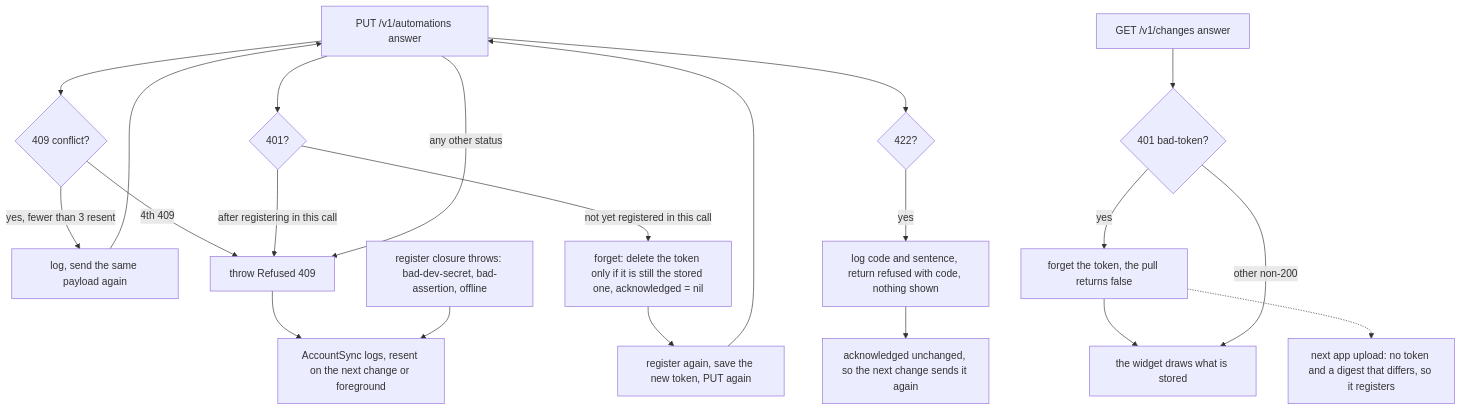
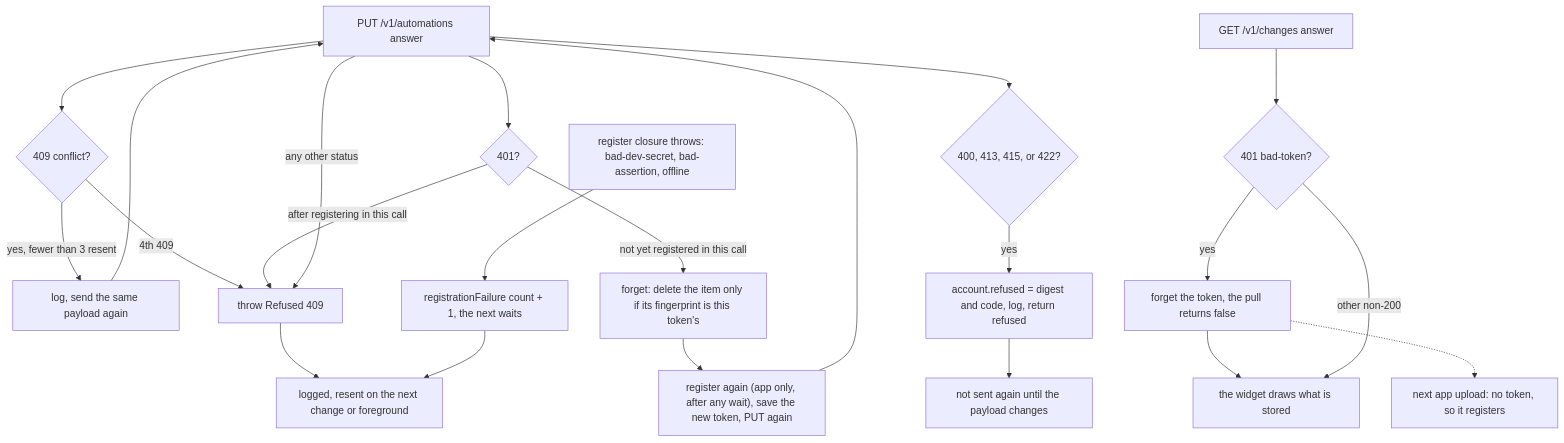
Before and after one commit to Krutik460/Widgie: the fifth of 5 diagrams in docs/pr/26-phase-3-p4-app.md, drawn with Mermaid. The commit also changed other lines of this file and 1 other file, not shown here.

````diff
--- a/docs/pr/26-phase-3-p4-app.md
+++ b/docs/pr/26-phase-3-p4-app.md
@@ -229,23 +253,24 @@
 ```mermaid
 flowchart TD
   PUT["PUT /v1/automations answer"] --> S409{"409 conflict?"}
   S409 -->|"yes, fewer than 3 resent"| RESEND["log, send the same payload again"]
   RESEND --> PUT
   S409 -->|"4th 409"| THROW["throw Refused 409"]
   PUT --> S401{"401?"}
-  S401 -->|"not yet registered in this call"| FORGET["forget: delete the token only if it is still the stored one, acknowledged = nil"]
-  FORGET --> REG["register again, save the new token, PUT again"]
+  S401 -->|"not yet registered in this call"| FORGET["forget: delete the item only if its fingerprint is this token's"]
+  FORGET --> REG["register again (app only, after any wait), save the new token, PUT again"]
   REG --> PUT
   S401 -->|"after registering in this call"| THROW
-  PUT --> S422{"422?"}
-  S422 -->|"yes"| LOG422["log code and sentence, return refused with code, nothing shown"]
-  LOG422 --> KEEP["acknowledged unchanged, so the next change sends it again"]
+  PUT --> S4{"400, 413, 415, or 422?"}
+  S4 -->|"yes"| REMEMBER["account.refused = digest and code, log, return refused"]
+  REMEMBER --> SKIP["not sent again until the payload changes"]
   PUT -->|"any other status"| THROW
-  THROW --> SYNCLOG["AccountSync logs, resent on the next change or foreground"]
+  THROW --> SYNCLOG["logged, resent on the next change or foreground"]
   GETR["GET /v1/changes answer"] --> P401{"401 bad-token?"}
   P401 -->|"yes"| PFORGET["forget the token, the pull returns false"]
   PFORGET --> RENDER["the widget draws what is stored"]
-  PFORGET -.-> NEXTUP["next app upload: no token and a digest that differs, so it registers"]
+  PFORGET -.-> NEXTUP["next app upload: no token, so it registers"]
   P401 -->|"other non-200"| RENDER
-  REGF["register closure throws: bad-dev-secret, bad-assertion, offline"] --> SYNCLOG
+  REGF["register closure throws: bad-dev-secret, bad-assertion, offline"] --> FAILC["registrationFailure count + 1, the next waits"]
+  FAILC --> SYNCLOG
 ```
````
